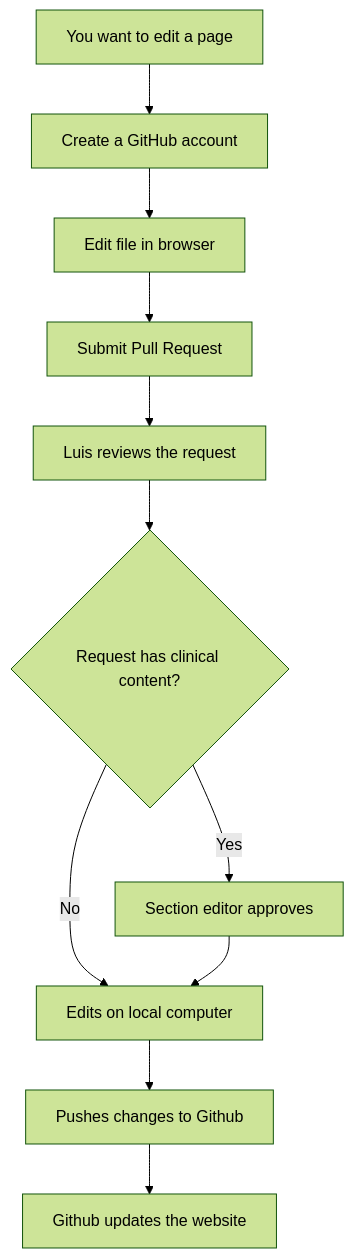
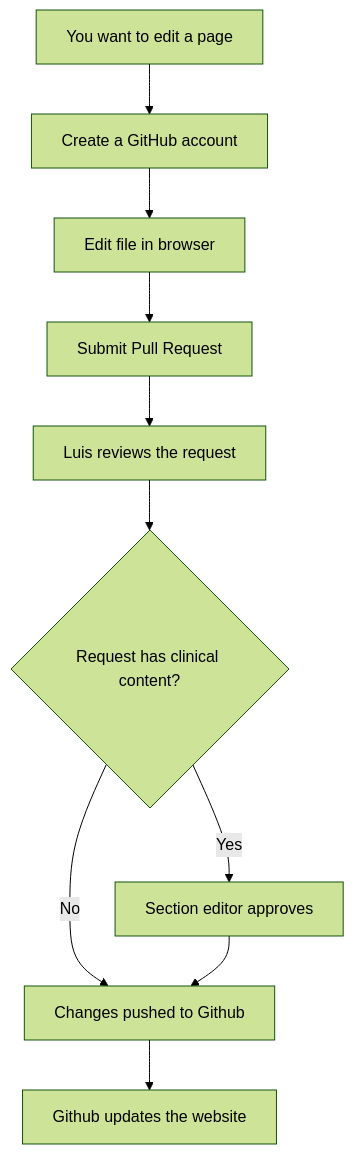
Before and after one commit to ufneurology/handbook: the diagram in README.md, drawn with Mermaid (forest theme).

````diff
--- a/README.md
+++ b/README.md
@@ -59,13 +59,12 @@
 ```mermaid
 flowchart TD
     A[You want to edit a page] --> B[Create a GitHub account]
     B --> C[Edit file in browser]
     C --> D[Submit Pull Request]
     D --> E[Luis reviews the request]
     E --> F{Request has clinical content?}
     F -->|Yes| G[Section editor approves]
-    F -->|No| H[Edits on local computer]
+    F -->|No| H[Changes pushed to Github]
     G --> H
-    H --> I[Pushes changes to Github]
-    I --> J[Github updates the website]
+    H --> I[Github updates the website]
 ```
````
